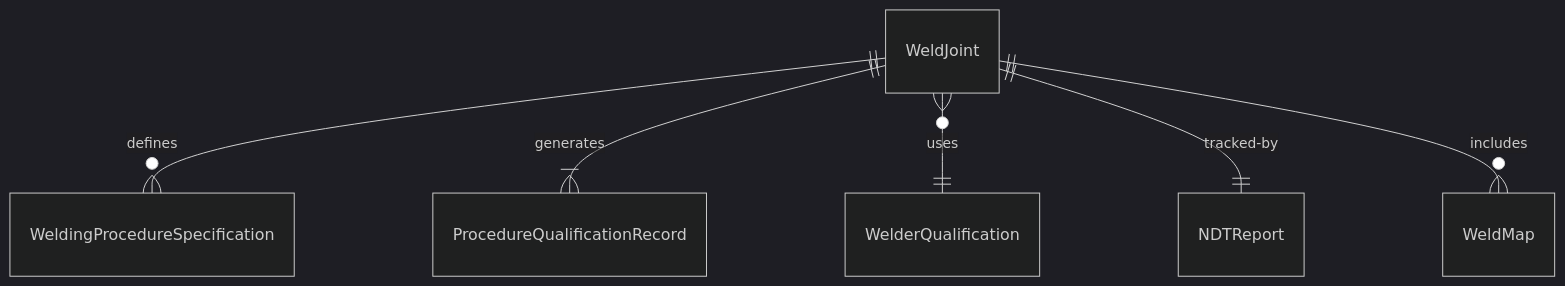
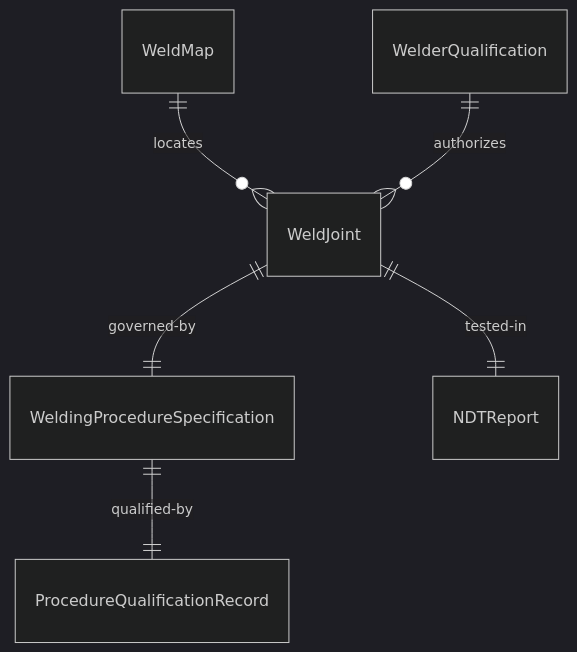
One commit to dot-org-ai/tasks.org.ai changed the first of 4 diagrams in HandlingAndMovingObjects/JoinPartsUsingSolderingWeldingOrBrazingTechniques/WeldMetalComponents.mdx. Above: the diagram before and after it, drawn with Mermaid (dark theme). The commit also changed other lines of this file and 515 other files, not shown here.

````diff
--- a/HandlingAndMovingObjects/JoinPartsUsingSolderingWeldingOrBrazingTechniques/WeldMetalComponents.mdx
+++ b/HandlingAndMovingObjects/JoinPartsUsingSolderingWeldingOrBrazingTechniques/WeldMetalComponents.mdx
@@ -87,8 +87,8 @@
 ```mermaid
 erDiagram
-    WeldJoint ||--o{ WeldingProcedureSpecification : "defines"
-    WeldJoint ||--|{ ProcedureQualificationRecord : "generates"
-    WeldJoint }o--|| WelderQualification : "uses"
-    WeldJoint ||--|| NDTReport : "tracked-by"
-    WeldJoint ||--o{ WeldMap : "includes"
+    WeldMap ||--o{ WeldJoint : "locates"
+    WeldJoint ||--|| WeldingProcedureSpecification : "governed-by"
+    WeldingProcedureSpecification ||--|| ProcedureQualificationRecord : "qualified-by"
+    WelderQualification ||--o{ WeldJoint : "authorizes"
+    WeldJoint ||--|| NDTReport : "tested-in"
 ```
````
